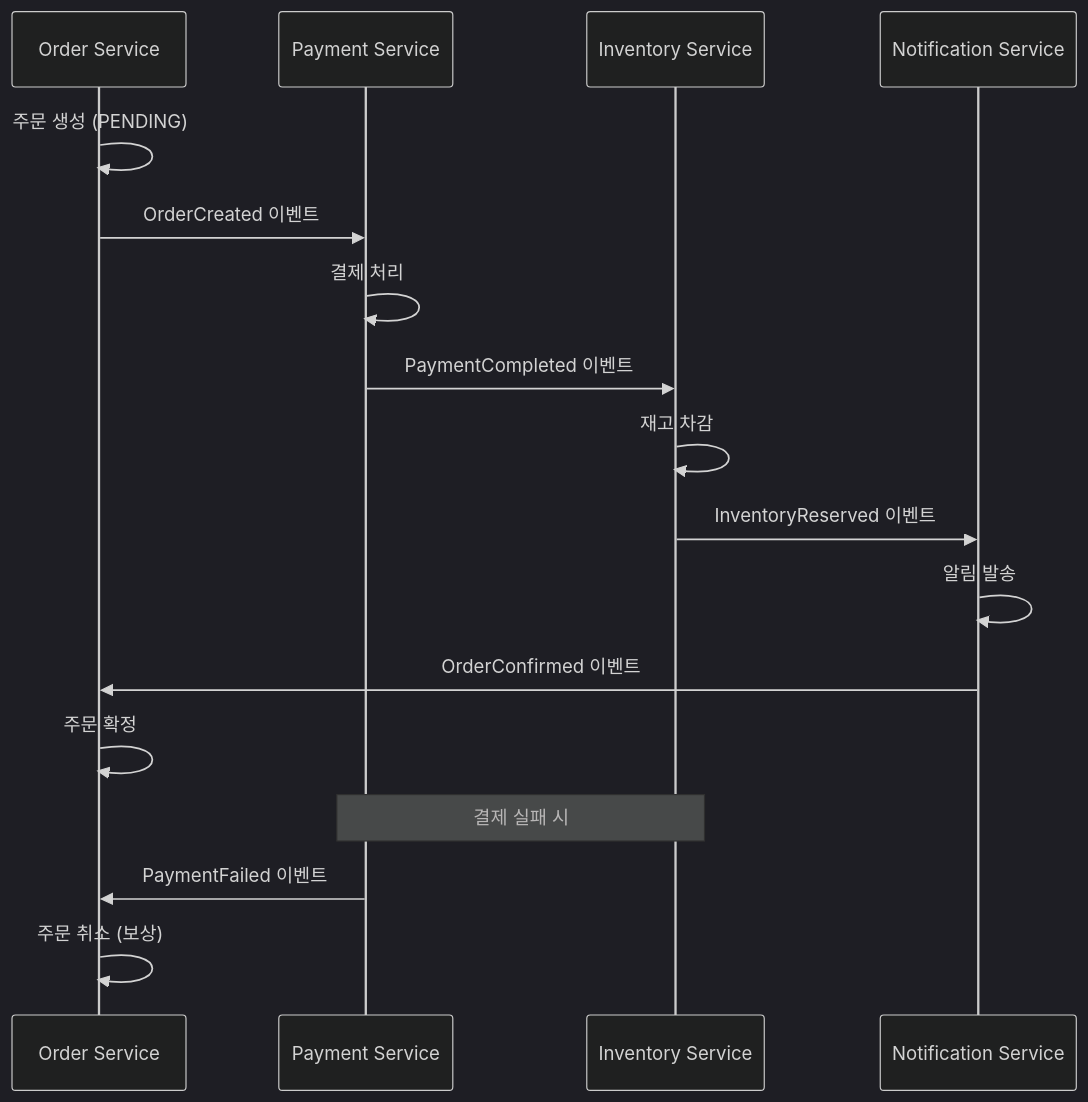
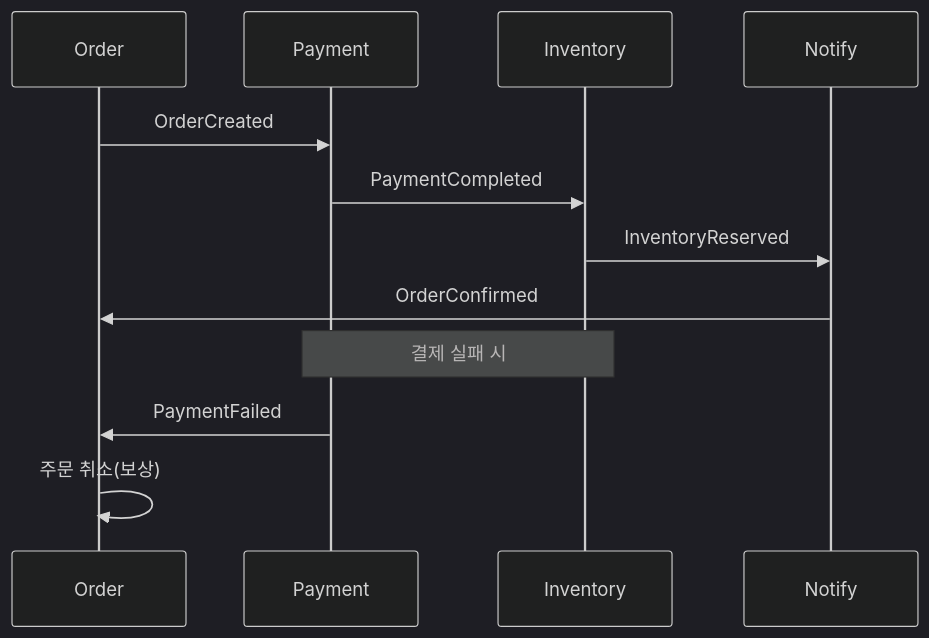
Before and after one commit to yjkim2015/yjkim2015.github.io: the third of 4 diagrams in _posts/architecture/2026-05-01-msa.md, drawn with Mermaid (dark theme). The commit also changed other lines of this file and 215 other files, not shown here.

First line of the commit message:
신규 포스트 10개 추가 + Mermaid 전면 축소 + SystemDesign 시리즈 보강

````diff
--- a/_posts/architecture/2026-05-01-msa.md
+++ b/_posts/architecture/2026-05-01-msa.md
@@ -205,21 +190,14 @@
 ```mermaid
 sequenceDiagram
-    participant OS as Order Service
-    participant PS as Payment Service
-    participant IS as Inventory Service
-    participant NS as Notification Service
-
-    OS->>OS: 주문 생성 (PENDING)
-    OS->>PS: OrderCreated 이벤트
-    PS->>PS: 결제 처리
-    PS->>IS: PaymentCompleted 이벤트
-    IS->>IS: 재고 차감
-    IS->>NS: InventoryReserved 이벤트
-    NS->>NS: 알림 발송
-    NS->>OS: OrderConfirmed 이벤트
-    OS->>OS: 주문 확정
-
+    participant OS as Order
+    participant PS as Payment
+    participant IS as Inventory
+    participant NS as Notify
+    OS->>PS: OrderCreated
+    PS->>IS: PaymentCompleted
+    IS->>NS: InventoryReserved
+    NS->>OS: OrderConfirmed
     Note over PS,IS: 결제 실패 시
-    PS->>OS: PaymentFailed 이벤트
-    OS->>OS: 주문 취소 (보상)
+    PS->>OS: PaymentFailed
+    OS->>OS: 주문 취소(보상)
 ```
````
